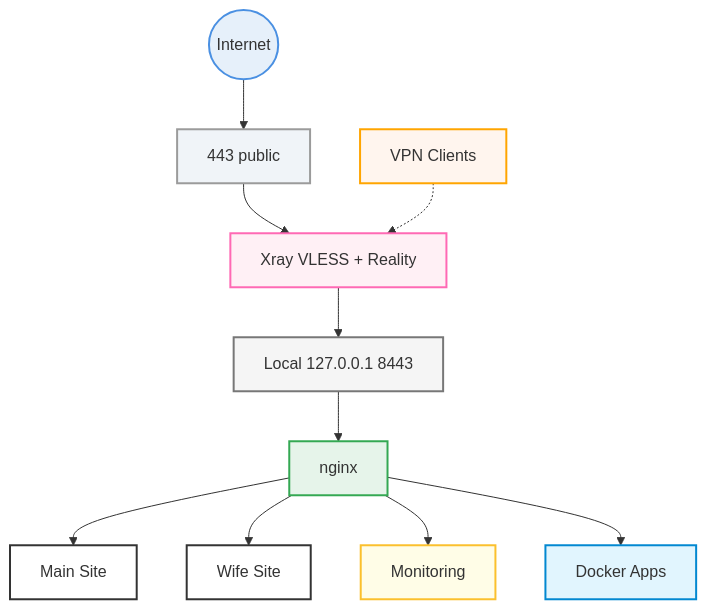
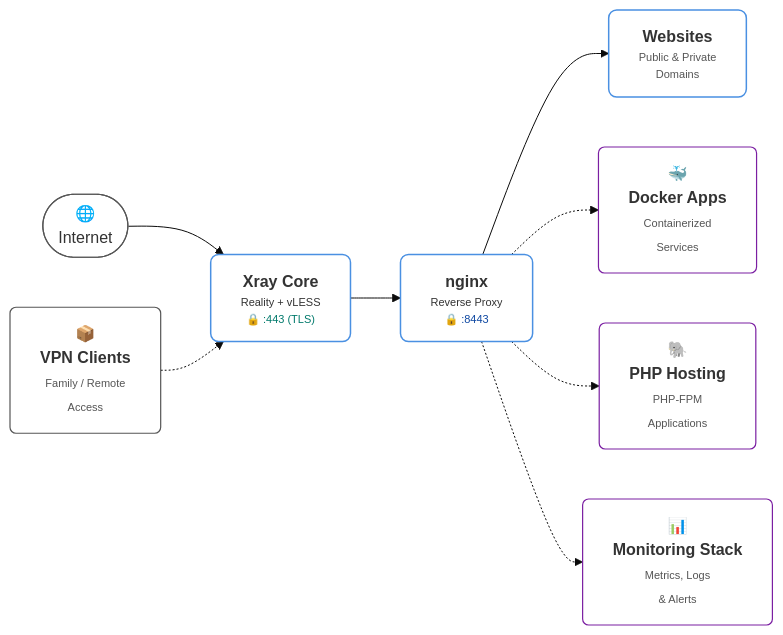
The diagram in README.md (dzamal-barambajev/infra-self-audit), drawn with Mermaid before and after one commit.

Commit message:
Achieve pixel-perfect matching with the target architectural layout

````diff
--- a/README.md
+++ b/README.md
@@ -27,28 +27,34 @@
 ```mermaid
-graph TD
-    %% Base Layout Configuration
-    Internet((Internet)) --> Ingress["443 public"]
-    Ingress --> Xray["Xray VLESS + Reality"]
+%%{init: {'theme': 'base', 'themeVariables': { 'fontFamily': 'Helvetica', 'primaryColor': '#ffffff', 'edgeLabelBackground':'#ffffff'}}}%%
+graph LR
+    %% Style Profiles
+    classDef mainNode fill:#fff,stroke:#4A90E2,stroke-width:1.5px,rx:8px,ry:8px;
+    classDef secNode fill:#fff,stroke:#7B1FA2,stroke-width:1.2px,rx:6px,ry:6px;
+    classDef outlineNode fill:#fff,stroke:#555,stroke-width:1.2px,rx:6px,ry:6px;
+
+    %% Elements and Icons definition
+    Internet(["🌐 <br> Internet"])
+    Xray["<div style='color:#00796B; font-weight:bold;'>Xray Core</div><div style='font-size:11px; color:#555;'>Reality + vLESS</div><div style='font-size:11px; color:#00796B;'>🔒 :443 (TLS)</div>"]
+    Nginx["<div style='color:#0D47A1; font-weight:bold;'>nginx</div><div style='font-size:11px; color:#555;'>Reverse Proxy</div><div style='font-size:11px; color:#0D47A1;'>🔒 :8443</div>"]
+    Web["<div style='color:#1A237E; font-weight:bold;'>Websites</div><div style='font-size:11px; color:#555;'>Public & Private<br>Domains</div>"]
     
-    VPN[VPN Clients] -.-> Xray
+    VPN["📦 <br> <b>VPN Clients</b><br><span style='font-size:11px; color:#555;'>Family / Remote<br>Access</span>"]
+    Docker["🐳 <br> <b>Docker Apps</b><br><span style='font-size:11px; color:#555;'>Containerized<br>Services</span>"]
+    PHP["🐘 <br> <b>PHP Hosting</b><br><span style='font-size:11px; color:#555;'>PHP-FPM<br>Applications</span>"]
+    Mon["📊 <br> <b>Monitoring Stack</b><br><span style='font-size:11px; color:#555;'>Metrics, Logs<br>& Alerts</span>"]
 
-    Xray --> Fallback["Local 127.0.0.1 8443"]
-    Fallback --> Nginx[nginx]
+    %% Flow Connections
+    Internet --> Xray
+    Xray --> Nginx
+    Nginx --> Web
+    
+    VPN -.-> Xray
+    Nginx -.-> Docker
+    Nginx -.-> PHP
+    Nginx -.-> Mon
 
-    Nginx --> Main[Main Site]
-    Nginx --> Wife[Wife Site]
-    Nginx --> Mon[Monitoring]
-    Nginx --> Docker[Docker Apps]
-
-    %% Color definitions for elements (using safe hex codes)
-    style Internet fill:#E6F0FA,stroke:#4A90E2,stroke-width:2px;
-    style Ingress fill:#F0F4F8,stroke:#9B9B9B,stroke-width:2px;
-    style Xray fill:#FFF0F5,stroke:#FF69B4,stroke-width:2px;
-    style VPN fill:#FFF5EE,stroke:#FFA500,stroke-width:2px;
-    style Fallback fill:#F5F5F5,stroke:#777777,stroke-width:2px;
-    style Nginx fill:#E6F4EA,stroke:#34A853,stroke-width:2px;
-    style Main fill:#FFFFFF,stroke:#333333,stroke-width:2px;
-    style Wife fill:#FFFFFF,stroke:#333333,stroke-width:2px;
-    style Mon fill:#FFFDE7,stroke:#FBC02D,stroke-width:2px;
-    style Docker fill:#E1F5FE,stroke:#0288D1,stroke-width:2px;
+    %% Assigning Style Classes
+    class Xray,Nginx,Web mainNode;
+    class Docker,PHP,Mon secNode;
+    class Internet,VPN outlineNode;
 ```
````
